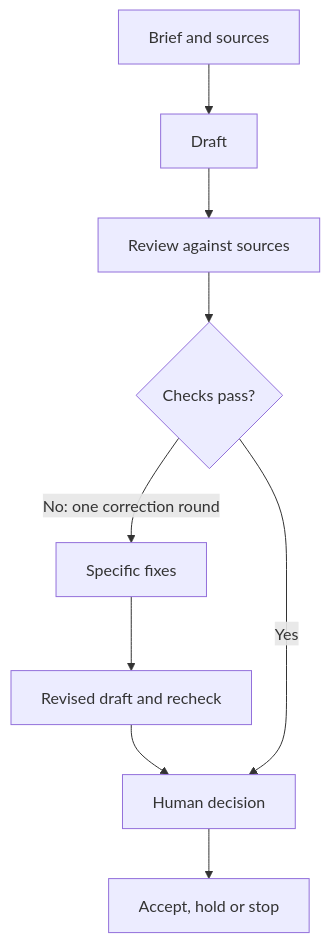
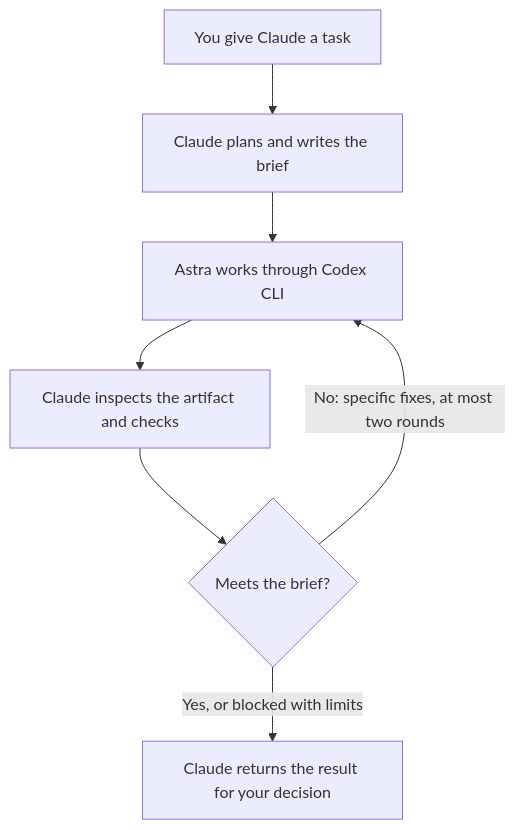
The diagram in README.md (Jiplet/claude-astra-router), drawn with Mermaid before and after one commit. The commit also changed other lines of this file and 9 other files, not shown here.

Commit message:
Implement Claude-to-Astra dispatch and exact-session revision workflow

````diff
--- a/README.md
+++ b/README.md
@@ -17,11 +11,9 @@
 ```mermaid
 flowchart TD
-    A[Brief and sources] --> B[Draft]
-    B --> C[Review against sources]
-    C --> D{Checks pass?}
-    D -->|No: one correction round| E[Specific fixes]
-    E --> F[Revised draft and recheck]
-    F --> G[Human decision]
-    D -->|Yes| G
-    G --> H[Accept, hold or stop]
+    U[You give Claude a task] --> C[Claude plans and writes the brief]
+    C --> A[Astra works through Codex CLI]
+    A --> R[Claude inspects the artifact and checks]
+    R --> D{Meets the brief?}
+    D -->|No: specific fixes, at most two rounds| A
+    D -->|Yes, or blocked with limits| H[Claude returns the result for your decision]
 ```
````
